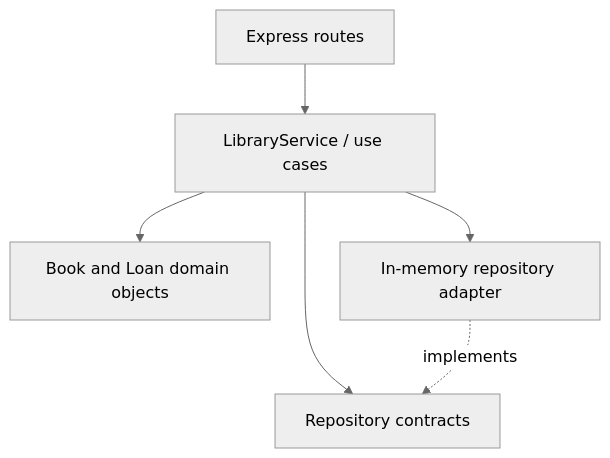
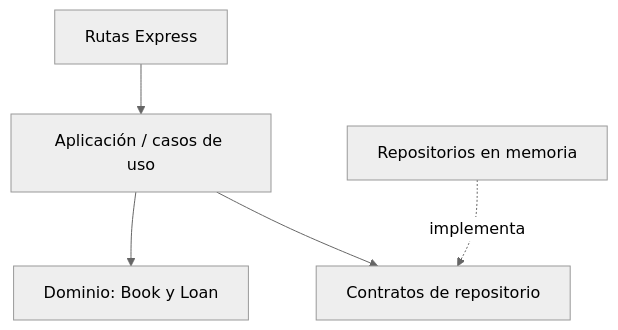
The diagram in README.md (julianandreszapata/bookflow-node-api), drawn with Mermaid (neutral theme) before and after one commit. The commit also changed other lines of this file, not shown here.

````diff
--- a/README.md
+++ b/README.md
@@ -18,8 +26,7 @@
 ```mermaid
-flowchart TB
-  HTTP[Express routes] --> APP[LibraryService / use cases]
-  APP --> DOM[Book and Loan domain objects]
-  APP --> PORTS[Repository contracts]
-  ADAPTER[In-memory repository adapter] -. implements .-> PORTS
-  APP --> ADAPTER
+flowchart TD
+  HTTP[Rutas Express] --> APP[Aplicación / casos de uso]
+  APP --> DOM[Dominio: Book y Loan]
+  APP --> PORTS[Contratos de repositorio]
+  ADAPTER[Repositorios en memoria] -. implementa .-> PORTS
 ```
````
